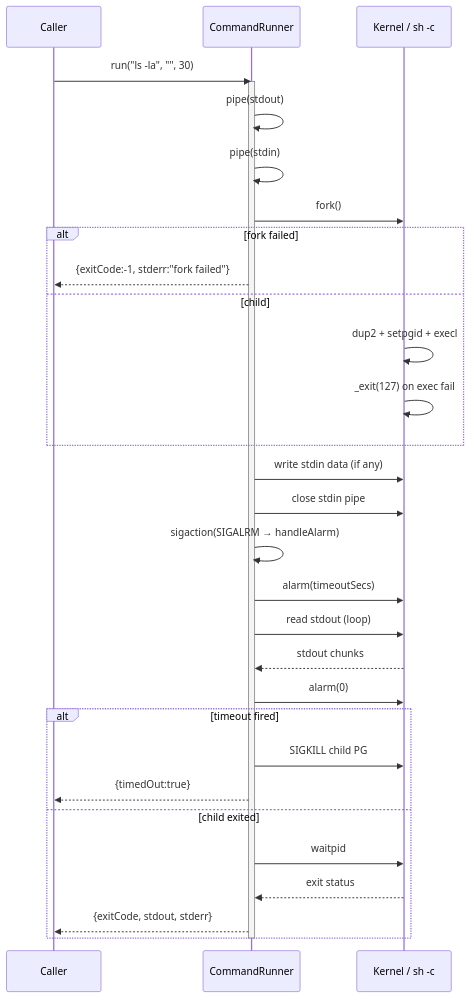
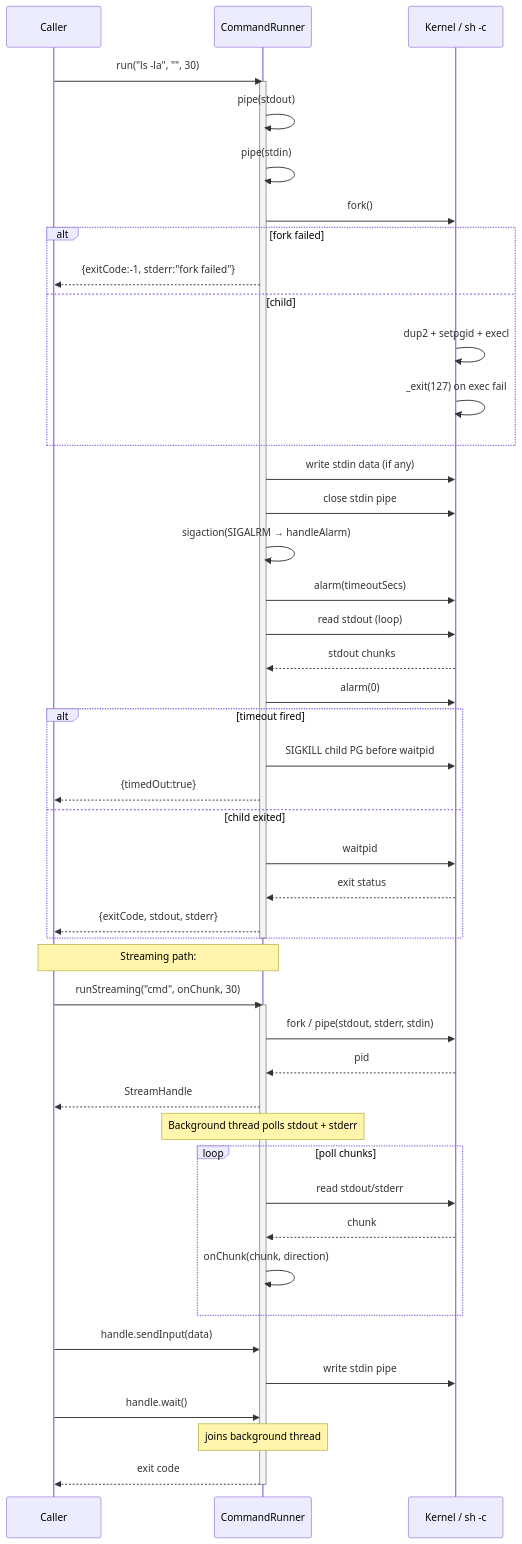
Before and after one commit to opensassi/a0: the second of 2 diagrams in src/command_runner.spec.md, drawn with Mermaid. The commit also changed other lines of this file and 28 other files, not shown here.

````diff
--- a/src/command_runner.spec.md
+++ b/src/command_runner.spec.md
@@ -93,34 +125,54 @@
 ```mermaid
 sequenceDiagram
     participant Caller
     participant CR as CommandRunner
     participant OS as Kernel / sh -c
 
     Caller->>CR: run("ls -la", "", 30)
     activate CR
     CR->>CR: pipe(stdout)
     CR->>CR: pipe(stdin)
     CR->>OS: fork()
     alt fork failed
         CR-->>Caller: {exitCode:-1, stderr:"fork failed"}
     else child
         OS->>OS: dup2 + setpgid + execl
         OS->>OS: _exit(127) on exec fail
     end
     CR->>OS: write stdin data (if any)
     CR->>OS: close stdin pipe
     CR->>CR: sigaction(SIGALRM → handleAlarm)
     CR->>OS: alarm(timeoutSecs)
     CR->>OS: read stdout (loop)
     OS-->>CR: stdout chunks
     CR->>OS: alarm(0)
     alt timeout fired
-        CR->>OS: SIGKILL child PG
+        CR->>OS: SIGKILL child PG before waitpid
         CR-->>Caller: {timedOut:true}
     else child exited
         CR->>OS: waitpid
         OS-->>CR: exit status
         CR-->>Caller: {exitCode, stdout, stderr}
     end
     deactivate CR
+
+    Note over Caller,CR: Streaming path:
+
+    Caller->>CR: runStreaming("cmd", onChunk, 30)
+    activate CR
+    CR->>OS: fork / pipe(stdout, stderr, stdin)
+    OS-->>CR: pid
+    CR-->>Caller: StreamHandle
+    Note over CR: Background thread polls stdout + stderr
+    loop poll chunks
+        CR->>OS: read stdout/stderr
+        OS-->>CR: chunk
+        CR->>CR: onChunk(chunk, direction)
+    end
+    Caller->>CR: handle.sendInput(data)
+    CR->>OS: write stdin pipe
+    Caller->>CR: handle.wait()
+    Note over CR: joins background thread
+    CR-->>Caller: exit code
+    deactivate CR
 ```
````
